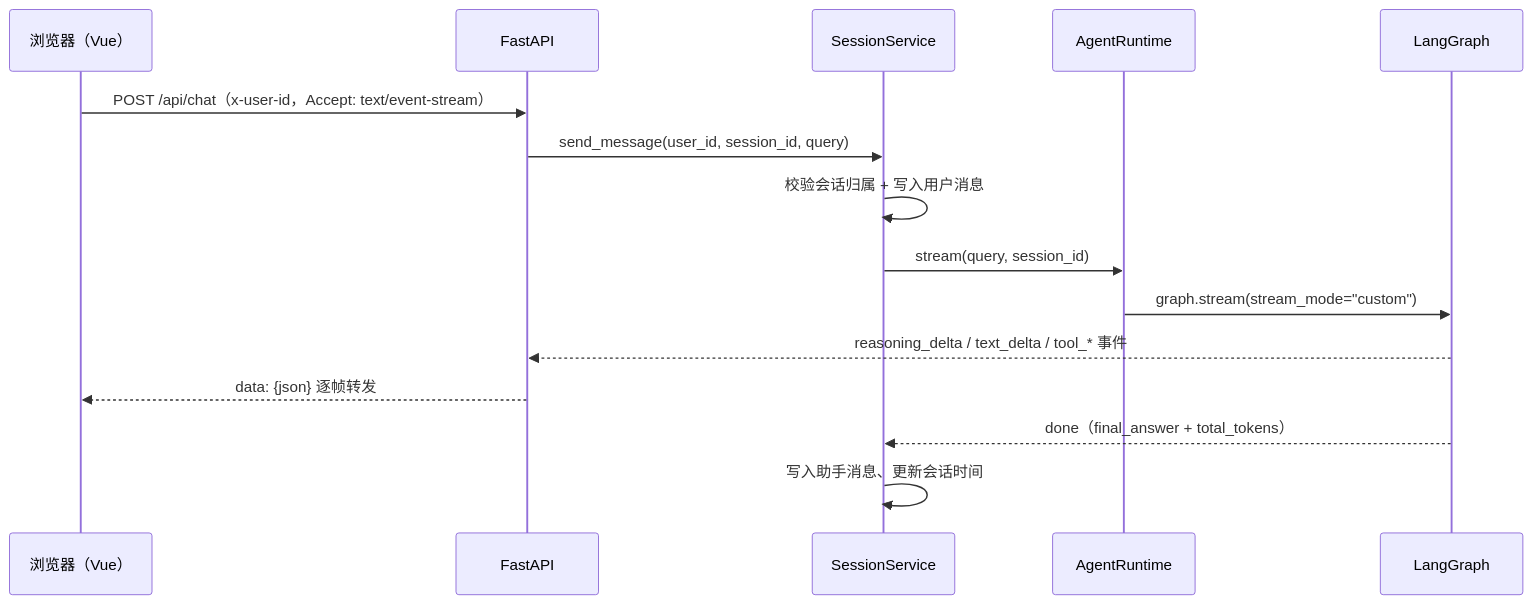
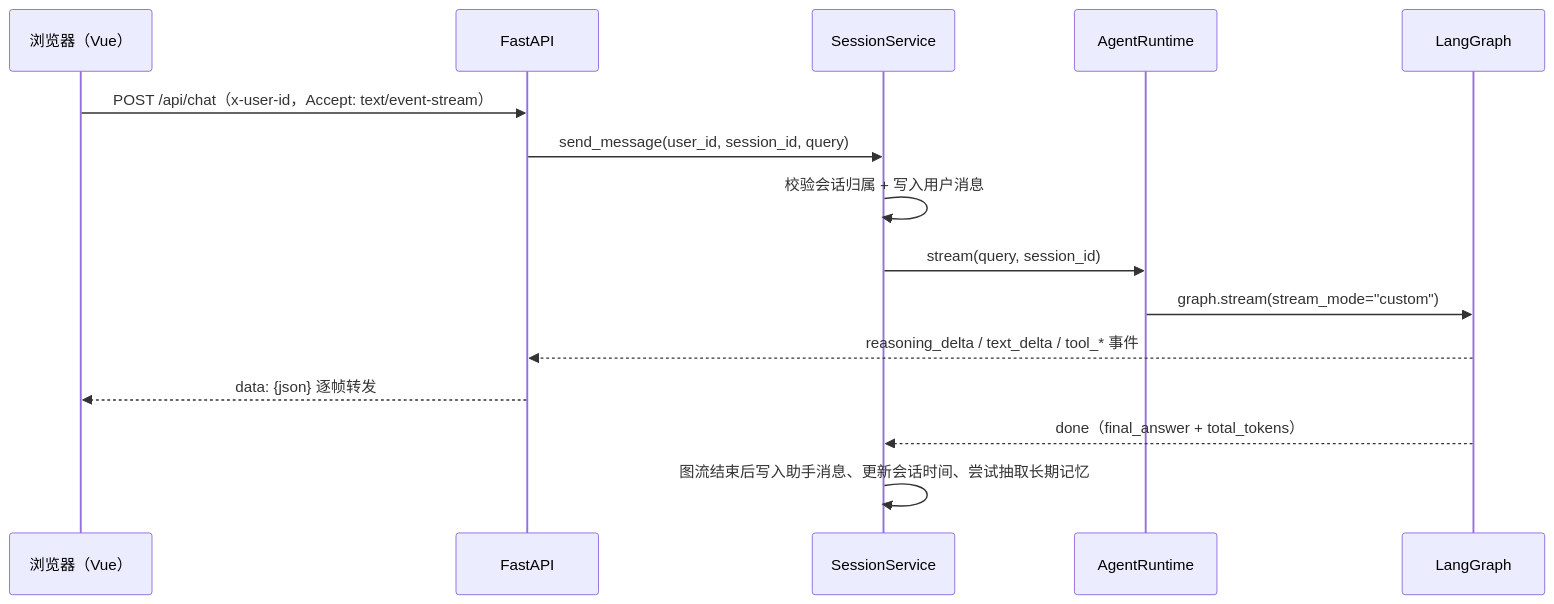
One commit to zhp282515-wq/graduation_project changed the first of 2 diagrams in README.md. Above: the diagram before and after it, drawn with Mermaid. The commit also changed other lines of this file and 3 other files, not shown here.

````diff
--- a/README.md
+++ b/README.md
@@ -99,18 +126,18 @@
 ```mermaid
 sequenceDiagram
     participant B as 浏览器（Vue）
     participant A as FastAPI
     participant S as SessionService
     participant R as AgentRuntime
     participant G as LangGraph
 
     B->>A: POST /api/chat（x-user-id，Accept: text/event-stream）
     A->>S: send_message(user_id, session_id, query)
     S->>S: 校验会话归属 + 写入用户消息
     S->>R: stream(query, session_id)
     R->>G: graph.stream(stream_mode="custom")
     G-->>A: reasoning_delta / text_delta / tool_* 事件
     A-->>B: data: {json} 逐帧转发
     G-->>S: done（final_answer + total_tokens）
-    S->>S: 写入助手消息、更新会话时间
+    S->>S: 图流结束后写入助手消息、更新会话时间、尝试抽取长期记忆
 ```
````
